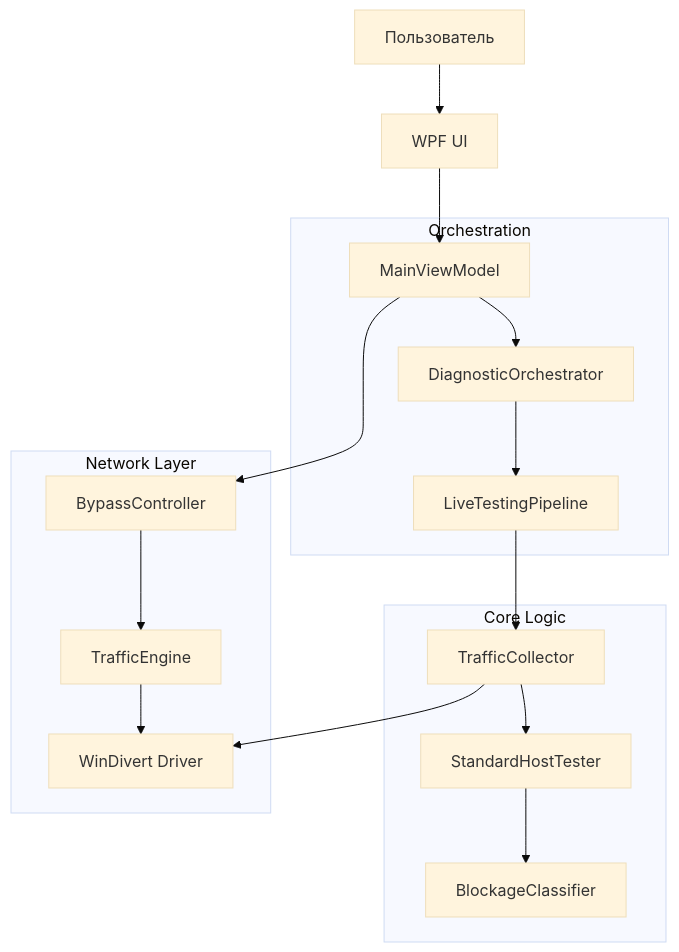
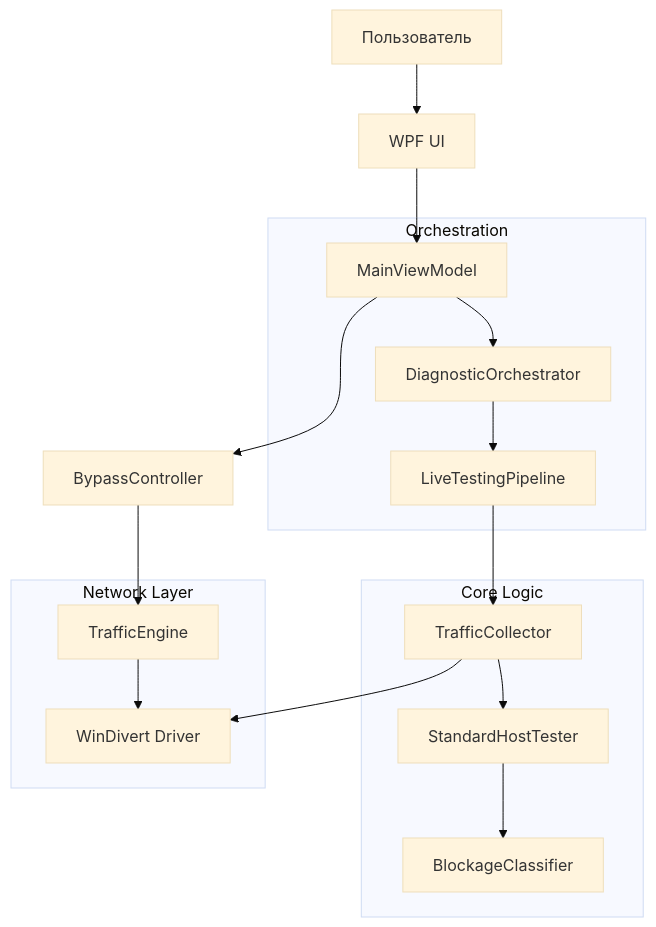
One commit to Nafancheg/ISP_Audit changed the diagram in README.md. Above: the diagram before and after it, drawn with Mermaid (base theme).

Commit message:
docs: fix architecture diagram in README to move BypassController out of Network Layer

````diff
--- a/README.md
+++ b/README.md
@@ -141,23 +141,24 @@
 ```mermaid
 graph TD
     User[Пользователь] --> UI[WPF UI]
     UI --> VM[MainViewModel]
+    VM --> BypassCtrl[BypassController]
     
     subgraph Orchestration
         VM --> Orchestrator[DiagnosticOrchestrator]
         Orchestrator --> Pipeline[LiveTestingPipeline]
     end
     
     subgraph Core Logic
         Pipeline --> Sniffer[TrafficCollector]
         Sniffer --> Tester[StandardHostTester]
         Tester --> Classifier[BlockageClassifier]
     end
     
     subgraph Network Layer
         Sniffer --> WinDivert[WinDivert Driver]
-        VM --> BypassCtrl[BypassController]
-        BypassCtrl --> TrafficEngine[TrafficEngine]
-        TrafficEngine --> WinDivert
+        TrafficEngine[TrafficEngine] --> WinDivert
     end
+
+    BypassCtrl --> TrafficEngine
 ```
````
